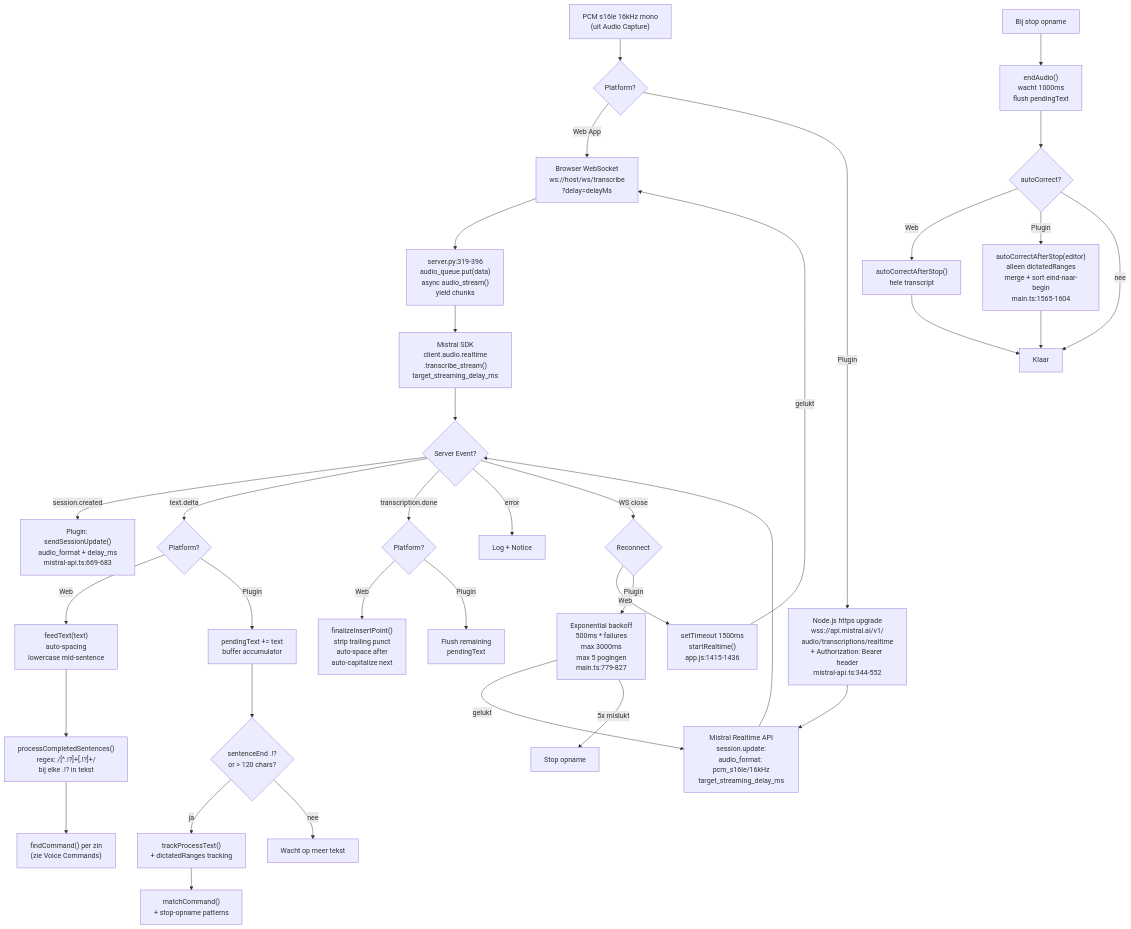
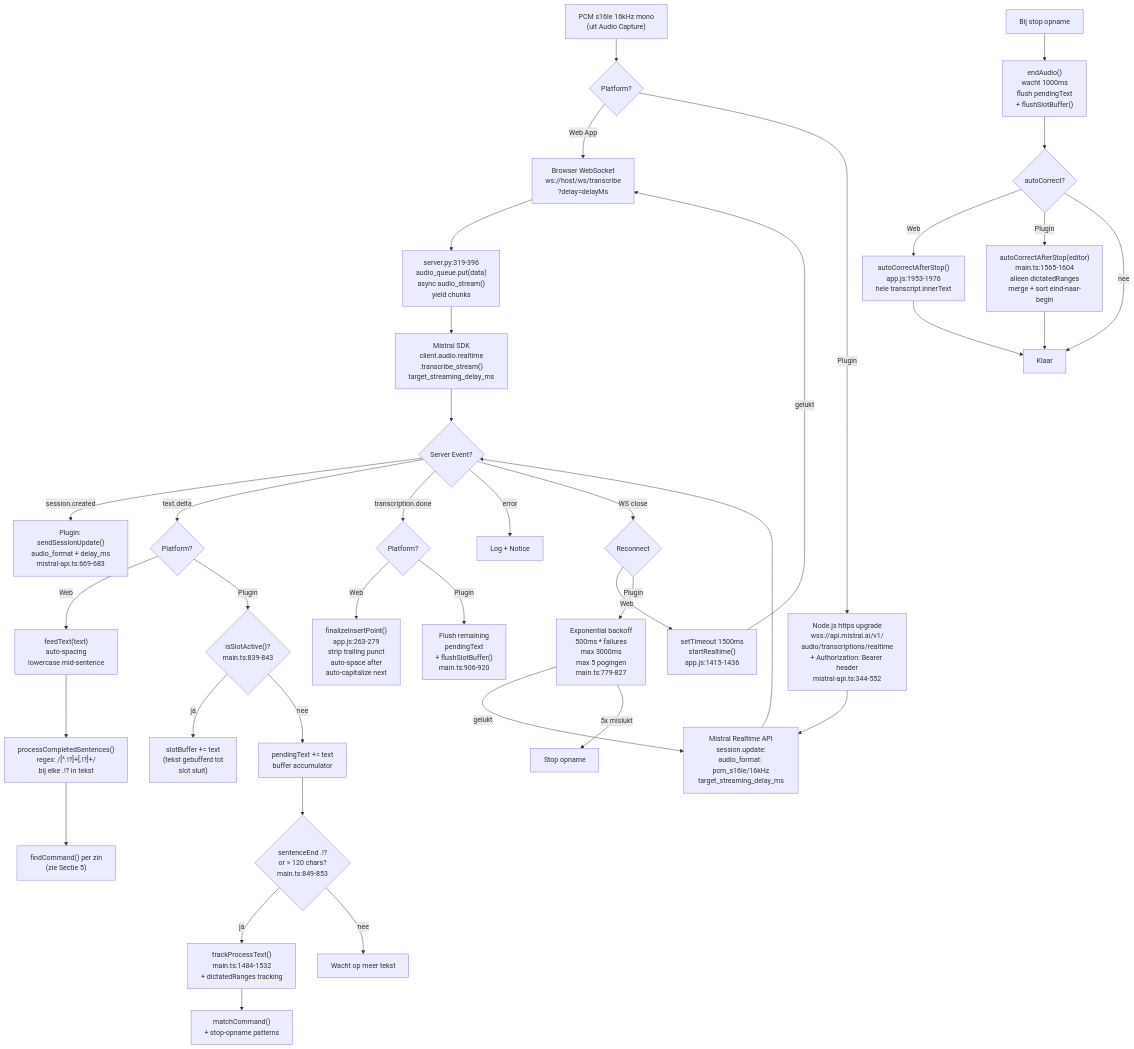
The third of 8 diagrams in AUDIO-FLOW.md (maxonamission/voxtral-transcribe), drawn with Mermaid before and after one commit. The commit also changed other lines of this file, not shown here.

First line of the commit message:
Integral rewrite of AUDIO-FLOW.md for internal consistency

````diff
--- a/AUDIO-FLOW.md
+++ b/AUDIO-FLOW.md
@@ -146,52 +146,54 @@
 ```mermaid
 flowchart TB
     PCM["PCM s16le 16kHz mono\n(uit Audio Capture)"]
 
     PCM --> WS_CONN{"Platform?"}
     WS_CONN -- "Web App" --> WS_WEB["Browser WebSocket\nws://host/ws/transcribe\n?delay=delayMs"]
     WS_CONN -- "Plugin" --> WS_PLG["Node.js https upgrade\nwss://api.mistral.ai/v1/\naudio/transcriptions/realtime\n+ Authorization: Bearer header\nmistral-api.ts:344-552"]
 
     WS_WEB --> SERVER["server.py:319-396\naudio_queue.put(data)\nasync audio_stream()\nyield chunks"]
     SERVER --> MISTRAL["Mistral SDK\nclient.audio.realtime\n.transcribe_stream()\ntarget_streaming_delay_ms"]
     WS_PLG --> MISTRAL_D["Mistral Realtime API\nsession.update:\naudio_format: pcm_s16le/16kHz\ntarget_streaming_delay_ms"]
 
     MISTRAL --> EVENTS
     MISTRAL_D --> EVENTS
 
     EVENTS{"Server Event?"}
 
     EVENTS -- "session.created" --> SESSION["Plugin: sendSessionUpdate()\naudio_format + delay_ms\nmistral-api.ts:669-683"]
 
     EVENTS -- "text.delta" --> DELTA_SPLIT{"Platform?"}
     DELTA_SPLIT -- "Web" --> FEED["feedText(text)\nauto-spacing\nlowercase mid-sentence"]
-    DELTA_SPLIT -- "Plugin" --> PEND["pendingText += text\nbuffer accumulator"]
+    DELTA_SPLIT -- "Plugin" --> SLOT_CHK{"isSlotActive()?\nmain.ts:839-843"}
+    SLOT_CHK -- ja --> SLOT_BUF["slotBuffer += text\n(tekst gebufferd tot\nslot sluit)"]
+    SLOT_CHK -- nee --> PEND["pendingText += text\nbuffer accumulator"]
 
     FEED --> PROC_SENT["processCompletedSentences()\nregex: /[^.!?]+[.!?]+/\nbij elke .!? in tekst"]
-    PEND --> FLUSH_CHECK{"sentenceEnd .!?\nor > 120 chars?"}
-    FLUSH_CHECK -- ja --> TRACK["trackProcessText()\n+ dictatedRanges tracking"]
+    PEND --> FLUSH_CHECK{"sentenceEnd .!?\nor > 120 chars?\nmain.ts:849-853"}
+    FLUSH_CHECK -- ja --> TRACK["trackProcessText()\nmain.ts:1484-1532\n+ dictatedRanges tracking"]
     FLUSH_CHECK -- nee --> WAIT["Wacht op meer tekst"]
 
-    PROC_SENT --> CMD_CHECK["findCommand() per zin\n(zie Voice Commands)"]
+    PROC_SENT --> CMD_CHECK["findCommand() per zin\n(zie Sectie 5)"]
     TRACK --> CMD_CHECK2["matchCommand()\n+ stop-opname patterns"]
 
     EVENTS -- "transcription.done" --> DONE_SPLIT{"Platform?"}
-    DONE_SPLIT -- "Web" --> FINALIZE["finalizeInsertPoint()\nstrip trailing punct\nauto-space after\nauto-capitalize next"]
-    DONE_SPLIT -- "Plugin" --> FLUSH_PEND["Flush remaining\npendingText"]
+    DONE_SPLIT -- "Web" --> FINALIZE["finalizeInsertPoint()\napp.js:263-279\nstrip trailing punct\nauto-space after\nauto-capitalize next"]
+    DONE_SPLIT -- "Plugin" --> FLUSH_PEND["Flush remaining\npendingText\n+ flushSlotBuffer()\nmain.ts:906-920"]
 
     EVENTS -- "error" --> ERR["Log + Notice"]
 
     EVENTS -- "WS close" --> RECONN{"Reconnect"}
     RECONN -- "Web" --> RECONN_W["setTimeout 1500ms\nstartRealtime()\napp.js:1415-1436"]
     RECONN -- "Plugin" --> RECONN_P["Exponential backoff\n500ms * failures\nmax 3000ms\nmax 5 pogingen\nmain.ts:779-827"]
     RECONN_P -- "gelukt" --> MISTRAL_D
     RECONN_W -- "gelukt" --> WS_WEB
     RECONN_P -- "5x mislukt" --> STOP["Stop opname"]
 
-    STOP_REC["Bij stop opname"] --> DRAIN["endAudio()\nwacht 1000ms\nflush pendingText"]
+    STOP_REC["Bij stop opname"] --> DRAIN["endAudio()\nwacht 1000ms\nflush pendingText\n+ flushSlotBuffer()"]
     DRAIN --> AC_STOP{"autoCorrect?"}
-    AC_STOP -- "Web" --> AC_WEB["autoCorrectAfterStop()\nhele transcript"]
-    AC_STOP -- "Plugin" --> AC_PLG["autoCorrectAfterStop(editor)\nalleen dictatedRanges\nmerge + sort eind-naar-begin\nmain.ts:1565-1604"]
+    AC_STOP -- "Web" --> AC_WEB["autoCorrectAfterStop()\napp.js:1953-1976\nhele transcript.innerText"]
+    AC_STOP -- "Plugin" --> AC_PLG["autoCorrectAfterStop(editor)\nmain.ts:1565-1604\nalleen dictatedRanges\nmerge + sort eind-naar-begin"]
     AC_STOP -- nee --> DONE["Klaar"]
     AC_WEB --> DONE
     AC_PLG --> DONE
 ```
````
